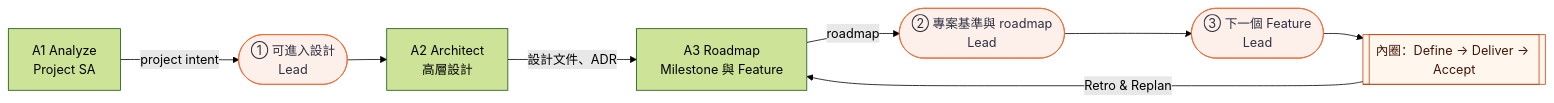
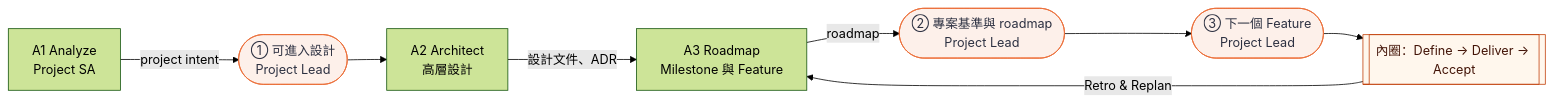
The second of 3 diagrams in docs/guide/user-guide.md (ellis429/loop-engineering), drawn with Mermaid (forest theme) before and after one commit. The commit also changed other lines of this file and 4 other files, not shown here.

First line of the commit message:
docs: name the human roles Project Lead and Engineer

````diff
--- a/docs/guide/user-guide.md
+++ b/docs/guide/user-guide.md
@@ -71,13 +71,13 @@
 ```mermaid
 flowchart LR
-  A1["A1 Analyze<br/>Project SA"] -->|project intent| G1(["① 可進入設計<br/>Lead"])
+  A1["A1 Analyze<br/>Project SA"] -->|project intent| G1(["① 可進入設計<br/>Project Lead"])
   G1 --> A2["A2 Architect<br/>高層設計"]
   A2 -->|設計文件、ADR| A3["A3 Roadmap<br/>Milestone 與 Feature"]
-  A3 -->|roadmap| G2(["② 專案基準與 roadmap<br/>Lead"])
-  G2 --> G3(["③ 下一個 Feature<br/>Lead"])
+  A3 -->|roadmap| G2(["② 專案基準與 roadmap<br/>Project Lead"])
+  G2 --> G3(["③ 下一個 Feature<br/>Project Lead"])
   G3 --> IN[["內圈：Define → Deliver → Accept"]]
   IN -->|Retro & Replan| A3
   classDef gate fill:#fdf0ea,stroke:#eb6c36,color:#2d3142
   class G1,G2,G3 gate
   style IN fill:#fff7ed,stroke:#c2410c,color:#431407
 ```
````
